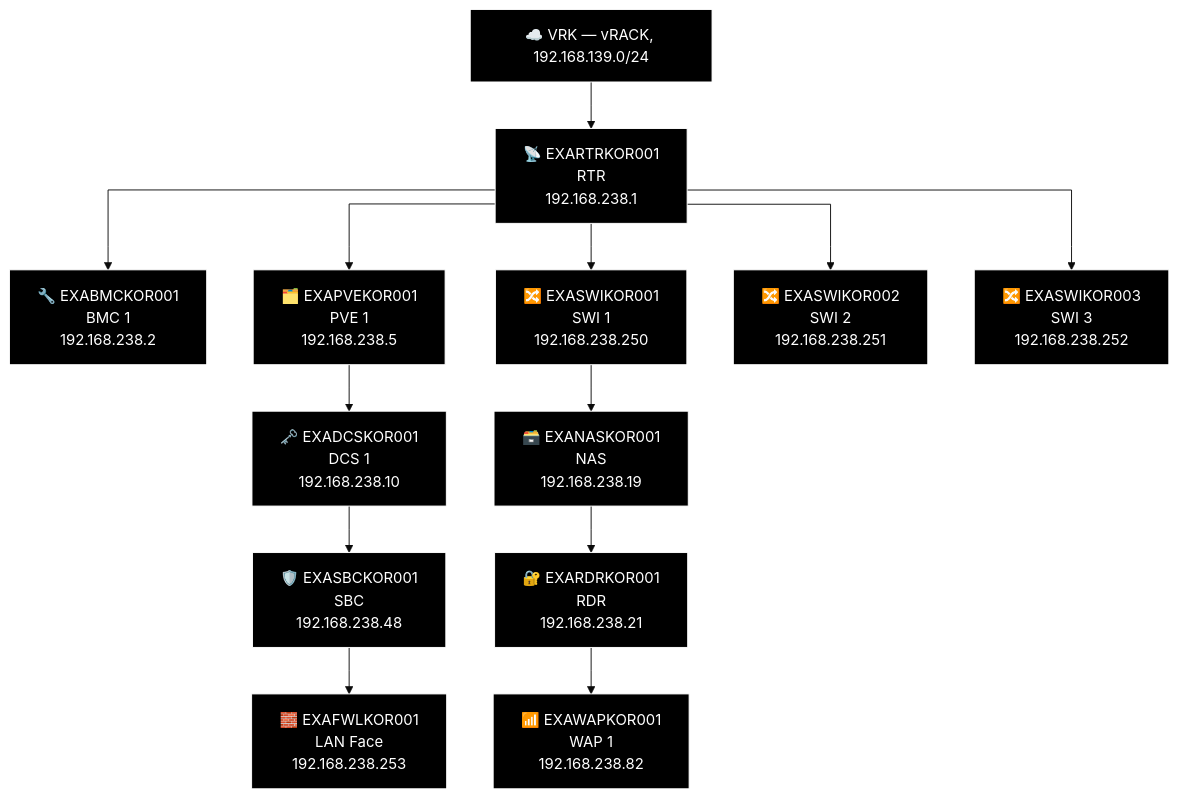
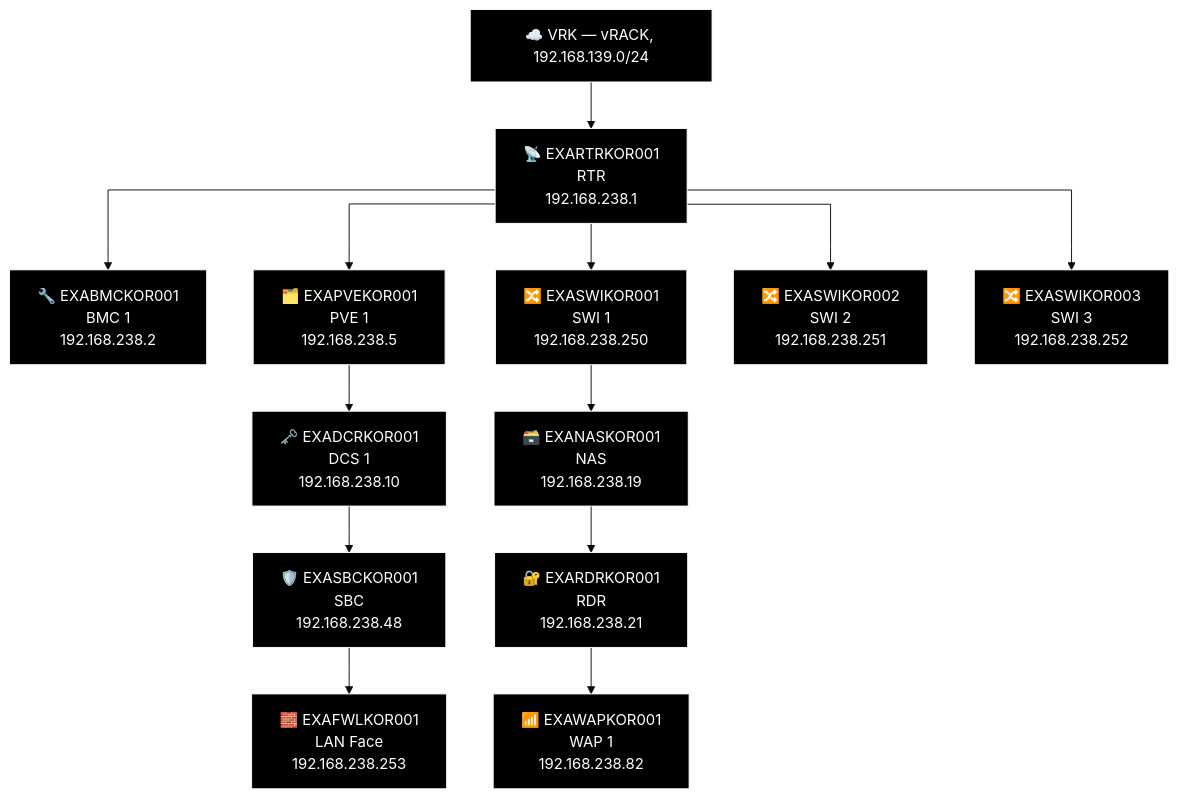
Diagram 14 of 23 in docs/network-diagram/danmark.md (knightmare2600/example_music_infra), drawn with Mermaid (base theme) before and after one commit. The commit also changed other lines of this file and 8 other files, not shown here.

````diff
--- a/docs/network-diagram/danmark.md
+++ b/docs/network-diagram/danmark.md
@@ -638,40 +621,40 @@
 ```mermaid
 %% GENERATED:TOPOLOGY:KOR:START
 %%{init: {'flowchart': {'curve': 'stepAfter'}}}%%
 graph TD
     T_VRK["☁️ VRK — vRACK, 192.168.139.0/24"]
     T_RTR["📡 EXARTRKOR001<br/>RTR<br/>192.168.238.1"]
     T_VRK --> T_RTR
     T_BMC["🔧 EXABMCKOR001<br/>BMC 1<br/>192.168.238.2"]
     T_RTR --> T_BMC
     T_PVE["🗂️ EXAPVEKOR001<br/>PVE 1<br/>192.168.238.5"]
     T_RTR --> T_PVE
     T_SWI["🔀 EXASWIKOR001<br/>SWI 1<br/>192.168.238.250"]
     T_RTR --> T_SWI
     T_SWI2["🔀 EXASWIKOR002<br/>SWI 2<br/>192.168.238.251"]
     T_RTR --> T_SWI2
     T_SWI3["🔀 EXASWIKOR003<br/>SWI 3<br/>192.168.238.252"]
     T_RTR --> T_SWI3
     T_NAS["🗃️ EXANASKOR001<br/>NAS<br/>192.168.238.19"]
     T_RDR["🔐 EXARDRKOR001<br/>RDR<br/>192.168.238.21"]
     T_WAP["📶 EXAWAPKOR001<br/>WAP 1<br/>192.168.238.82"]
     T_SWI --> T_NAS --> T_RDR --> T_WAP
-    T_DCS["🗝️ EXADCSKOR001<br/>DCS 1<br/>192.168.238.10"]
+    T_DCS["🗝️ EXADCRKOR001<br/>DCS 1<br/>192.168.238.10"]
     T_SBC["🛡️ EXASBCKOR001<br/>SBC<br/>192.168.238.48"]
     T_FWL["🧱 EXAFWLKOR001<br/>LAN Face<br/>192.168.238.253"]
     T_PVE --> T_DCS --> T_SBC --> T_FWL
     style T_VRK fill:#000000,stroke:#FFFFFF,color:#FFFFFF
     style T_RTR fill:#000000,stroke:#FFFFFF,color:#FFFFFF
     style T_BMC fill:#000000,stroke:#FFFFFF,color:#FFFFFF
     style T_PVE fill:#000000,stroke:#FFFFFF,color:#FFFFFF
     style T_SWI fill:#000000,stroke:#FFFFFF,color:#FFFFFF
     style T_SWI2 fill:#000000,stroke:#FFFFFF,color:#FFFFFF
     style T_SWI3 fill:#000000,stroke:#FFFFFF,color:#FFFFFF
     style T_NAS fill:#000000,stroke:#FFFFFF,color:#FFFFFF
     style T_RDR fill:#000000,stroke:#FFFFFF,color:#FFFFFF
     style T_WAP fill:#000000,stroke:#FFFFFF,color:#FFFFFF
     style T_DCS fill:#000000,stroke:#FFFFFF,color:#FFFFFF
     style T_SBC fill:#000000,stroke:#FFFFFF,color:#FFFFFF
     style T_FWL fill:#000000,stroke:#FFFFFF,color:#FFFFFF
 %% GENERATED:TOPOLOGY:KOR:END
 ```
````
